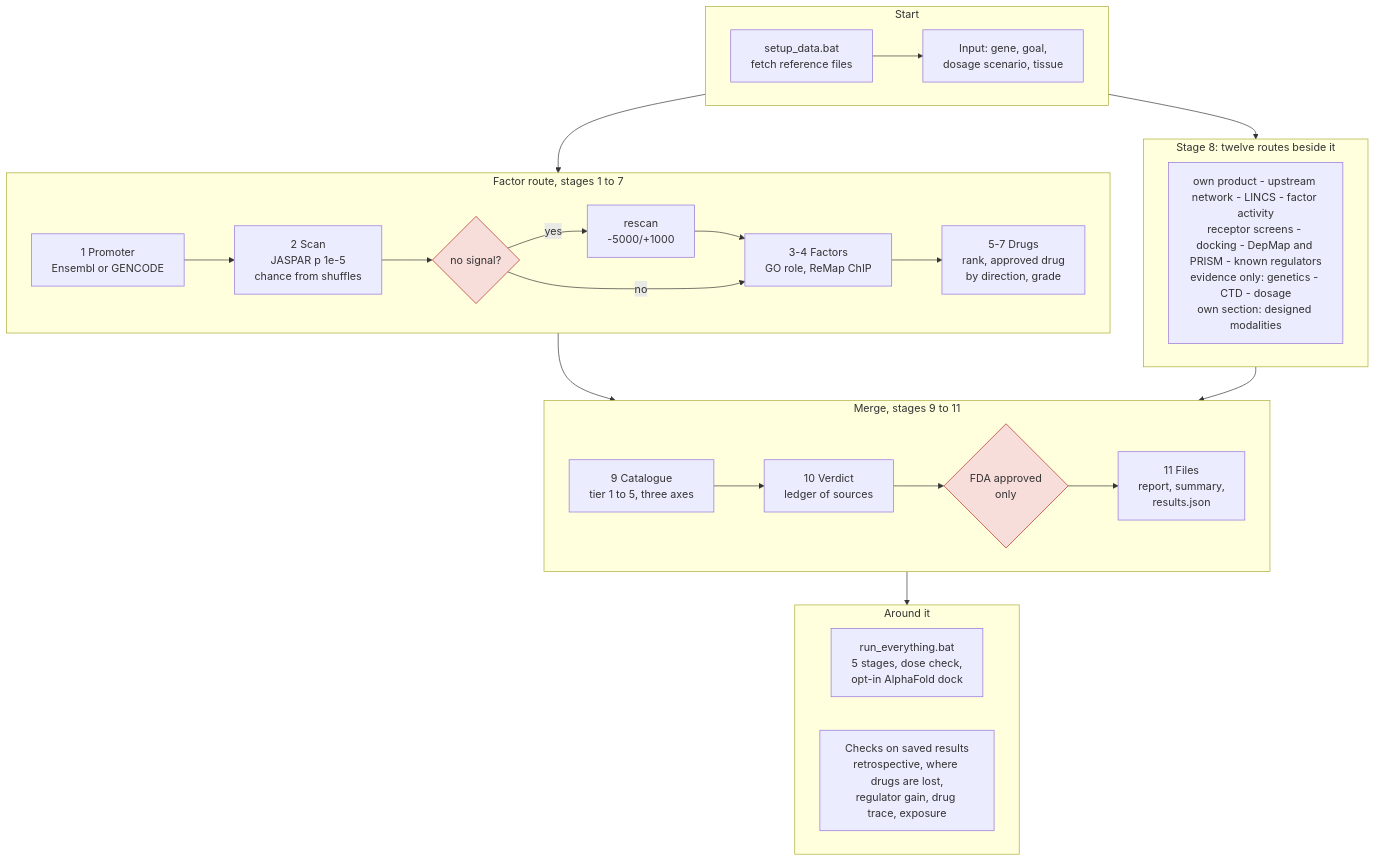
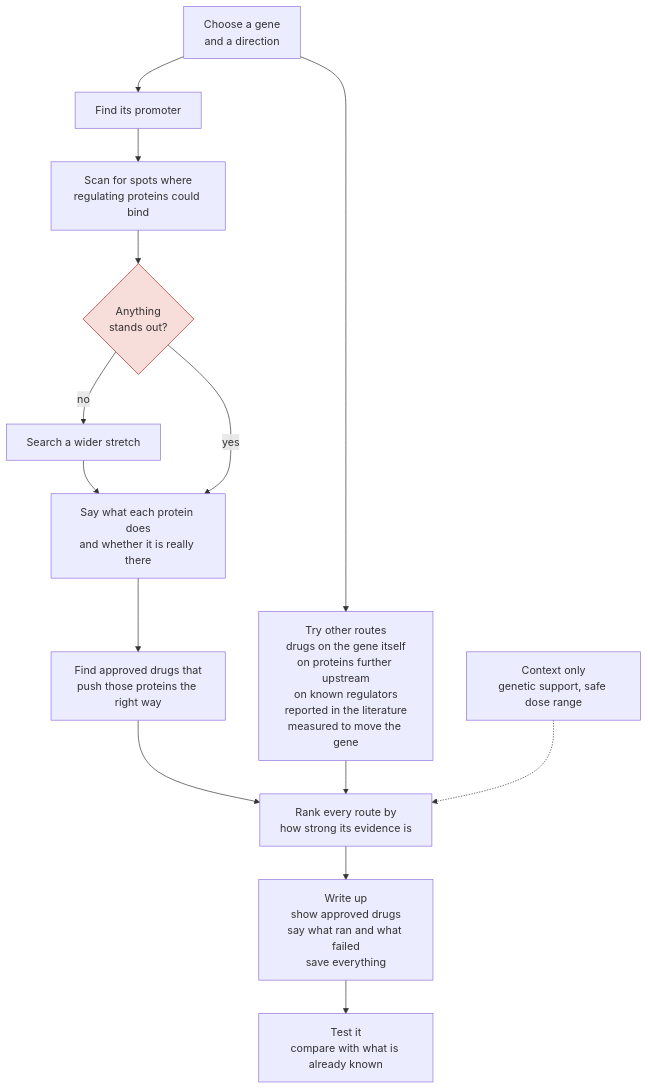
One commit to kjmartin44/Martins changed the diagram in docs/pipeline_detail.mmd. Above: the diagram before and after it, drawn with Mermaid. The commit also changed 27 other files, not shown here.

```diff
--- a/docs/pipeline_detail.mmd
+++ b/docs/pipeline_detail.mmd
@@ -1,37 +1,20 @@
-%% Compact flowchart of one run. The one-screen timeline is pipeline.mmd. Source of truth: docs/how-it-works.md.
+%% The same run as a flowchart. The one-screen timeline is pipeline.mmd. Source of truth: docs/how-it-works.md.
 flowchart TD
-    subgraph A["Start"]
-        direction LR
-        SETUP["setup_data.bat<br/>fetch reference files"] --> IN["Input: gene, goal,<br/>dosage scenario, tissue"]
-    end
+    START["Choose a gene<br/>and a direction"] --> PROM["Find its promoter"]
+    PROM --> SCAN["Scan for spots where<br/>regulating proteins could bind"]
+    SCAN --> Q{"Anything<br/>stands out?"}
+    Q -- no --> WIDE["Search a wider stretch"] --> CHECK
+    Q -- yes --> CHECK["Say what each protein does<br/>and whether it is really there"]
+    CHECK --> DRUGS["Find approved drugs that<br/>push those proteins the right way"]
 
-    subgraph B["Factor route, stages 1 to 7"]
-        direction LR
-        S1["1 Promoter<br/>Ensembl or GENCODE"] --> S2["2 Scan<br/>JASPAR p 1e-5<br/>chance from shuffles"] --> W{"no signal?"}
-        W -- yes --> WIDE["rescan<br/>-5000/+1000"] --> S34
-        W -- no --> S34["3-4 Factors<br/>GO role, ReMap ChIP"] --> S57["5-7 Drugs<br/>rank, approved drug<br/>by direction, grade"]
-    end
+    START --> OTHER["Try other routes<br/>drugs on the gene itself<br/>on proteins further upstream<br/>on known regulators<br/>reported in the literature<br/>measured to move the gene"]
 
-    subgraph C["Stage 8: twelve routes beside it"]
-        R["own product - upstream network - LINCS - factor activity<br/>receptor screens - docking - DepMap and PRISM - known regulators<br/>evidence only: genetics - CTD - dosage<br/>own section: designed modalities"]
-    end
+    DRUGS --> RANK["Rank every route by<br/>how strong its evidence is"]
+    OTHER --> RANK
+    CONTEXT["Context only<br/>genetic support, safe dose range"] -.-> RANK
 
-    subgraph D["Merge, stages 9 to 11"]
-        direction LR
-        CAT["9 Catalogue<br/>tier 1 to 5, three axes"] --> LEDGER["10 Verdict<br/>ledger of sources"] --> FDA{"FDA approved<br/>only"} --> OUT["11 Files<br/>report, summary,<br/>results.json"]
-    end
-
-    subgraph E["Around it"]
-        direction LR
-        LAUNCH["run_everything.bat<br/>5 stages, dose check,<br/>opt-in AlphaFold dock"]
-        CHECKS["Checks on saved results<br/>retrospective, where drugs are lost,<br/>regulator gain, drug trace, exposure"]
-    end
-
-    A --> B
-    A --> C
-    B --> D
-    C --> D
-    D --> E
+    RANK --> REPORT["Write up<br/>show approved drugs<br/>say what ran and what failed<br/>save everything"]
+    REPORT --> TEST["Test it<br/>compare with what is already known"]
 
     classDef gate fill:#f8dedb,stroke:#b3261e;
-    class W,FDA gate;
+    class Q gate;
```
